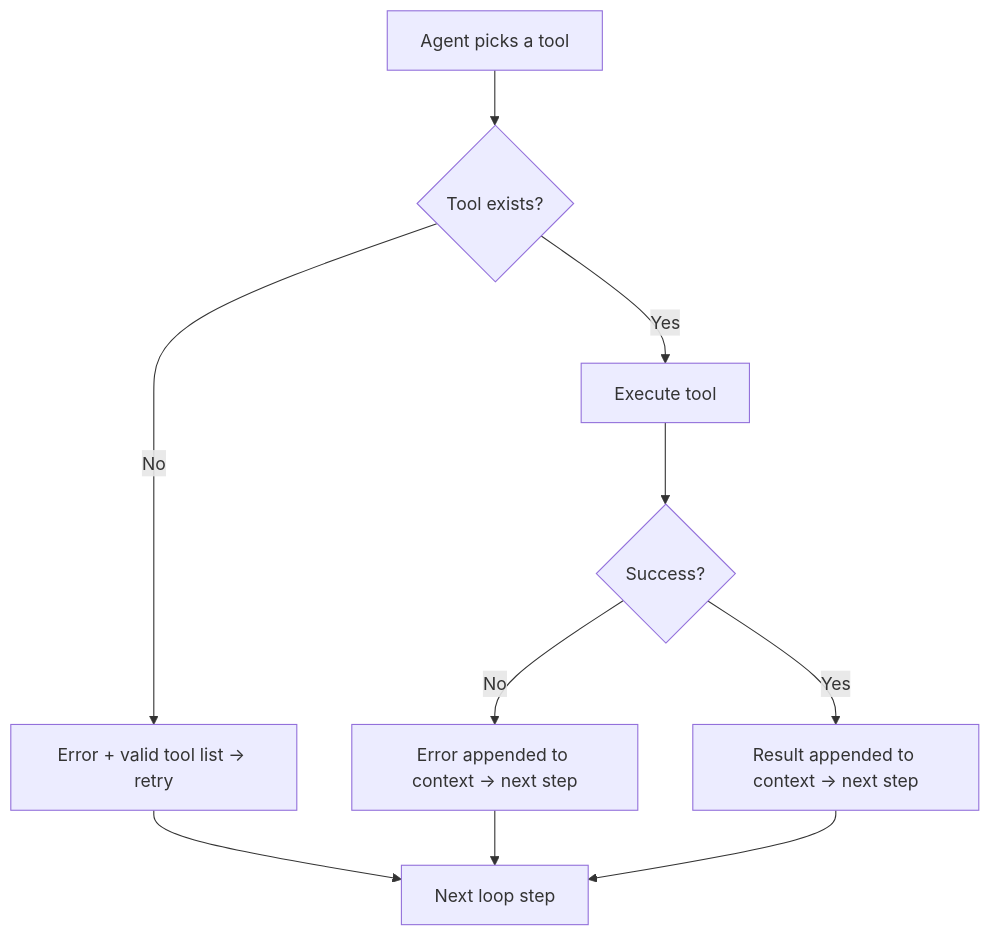
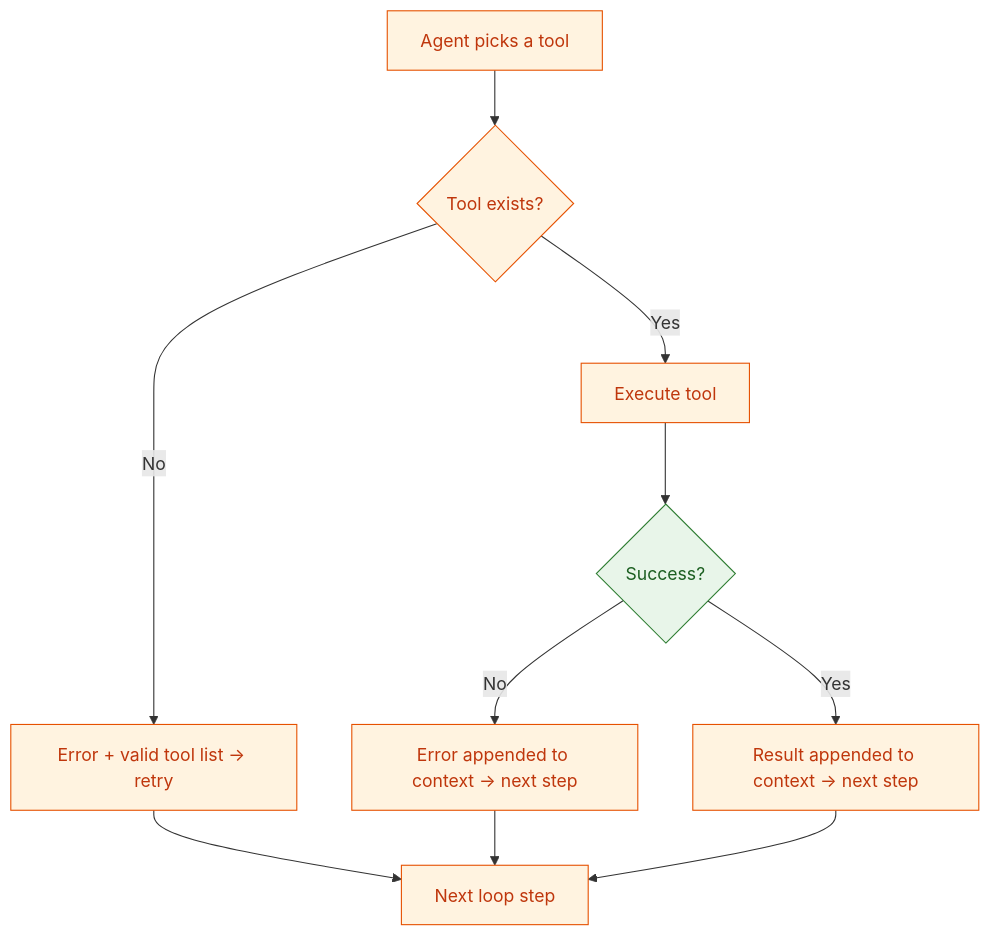
Before and after one commit to Guebbit/AI-coding-assistant: the diagram in docs/scenarios/index.md, drawn with Mermaid. The commit also changed 54 other files, not shown here.

First line of the commit message:
docs: add mermaid diagrams to quickstart & ollama-notes, color-code all flowcharts

````diff
--- a/docs/scenarios/index.md
+++ b/docs/scenarios/index.md
@@ -42,12 +42,20 @@
 ```mermaid
 flowchart TD
     A[Agent picks a tool] --> B{Tool exists?}
     B -->|No| C[Error + valid tool list → retry]
     B -->|Yes| D[Execute tool]
     D --> E{Success?}
     E -->|No| F[Error appended to context → next step]
     E -->|Yes| G[Result appended to context → next step]
     C --> H[Next loop step]
     F --> H
     G --> H
+    style A fill:#fff3e0,stroke:#e65100,color:#bf360c
+    style C fill:#fff3e0,stroke:#e65100,color:#bf360c
+    style D fill:#fff3e0,stroke:#e65100,color:#bf360c
+    style F fill:#fff3e0,stroke:#e65100,color:#bf360c
+    style G fill:#fff3e0,stroke:#e65100,color:#bf360c
+    style H fill:#fff3e0,stroke:#e65100,color:#bf360c
+    style B fill:#fff3e0,stroke:#e65100,color:#bf360c
+    style E fill:#e8f5e9,stroke:#2e7d32,color:#1b5e20
 ```
````
